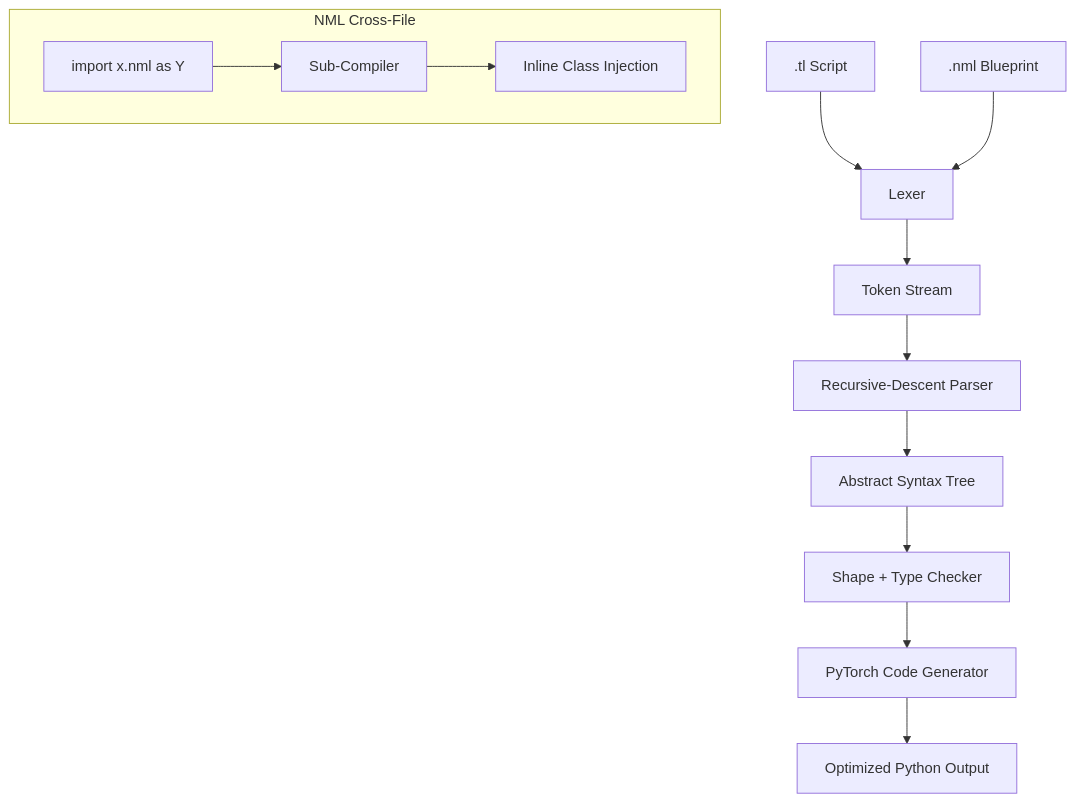
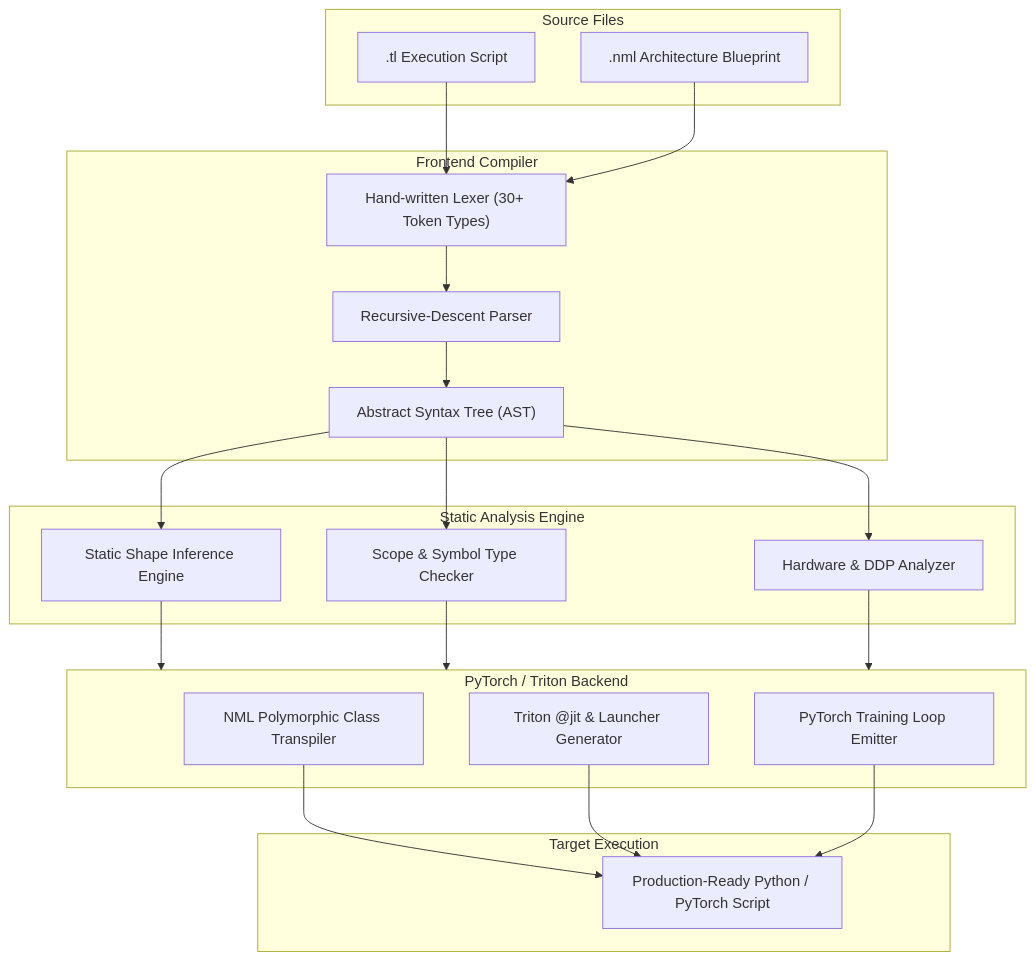
One commit to techxsarwar/tensorloom changed the diagram in README.md. Above: the diagram before and after it, drawn with Mermaid. The commit also changed other lines of this file and 2 other files, not shown here.

Commit message:
docs: add comprehensive README, GPLv3 license, author credits, and open-source terms

````diff
--- a/README.md
+++ b/README.md
@@ -152,16 +35,43 @@
 ```mermaid
 flowchart TD
-    A[".tl Script"] --> L["Lexer"]
-    B[".nml Blueprint"] --> L
-    L --> T["Token Stream"]
-    T --> P["Recursive-Descent Parser"]
-    P --> AST["Abstract Syntax Tree"]
-    AST --> SC["Shape + Type Checker"]
-    SC --> CG["PyTorch Code Generator"]
-    CG --> OUT["Optimized Python Output"]
+    subgraph Inputs ["Source Files"]
+        TL[".tl Execution Script"]
+        NML[".nml Architecture Blueprint"]
+    end
 
-    subgraph "NML Cross-File"
-        IMP["import x.nml as Y"] --> SUB["Sub-Compiler"]
-        SUB --> INJ["Inline Class Injection"]
+    subgraph FrontEnd ["Frontend Compiler"]
+        LEX["Hand-written Lexer (30+ Token Types)"]
+        PARSE["Recursive-Descent Parser"]
+        AST["Abstract Syntax Tree (AST)"]
     end
+
+    subgraph Analyzer ["Static Analysis Engine"]
+        SHAPE["Static Shape Inference Engine"]
+        TYPE["Scope & Symbol Type Checker"]
+        DDP_SCAN["Hardware & DDP Analyzer"]
+    end
+
+    subgraph CodeGen ["PyTorch / Triton Backend"]
+        NML_EMIT["NML Polymorphic Class Transpiler"]
+        TRITON_EMIT["Triton @jit & Launcher Generator"]
+        PT_EMIT["PyTorch Training Loop Emitter"]
+    end
+
+    subgraph Output ["Target Execution"]
+        PY["Production-Ready Python / PyTorch Script"]
+    end
+
+    TL --> LEX
+    NML --> LEX
+    LEX --> PARSE
+    PARSE --> AST
+    AST --> SHAPE
+    AST --> TYPE
+    AST --> DDP_SCAN
+    SHAPE --> CodeGen
+    TYPE --> CodeGen
+    DDP_SCAN --> CodeGen
+    NML_EMIT --> PY
+    TRITON_EMIT --> PY
+    PT_EMIT --> PY
 ```
````
